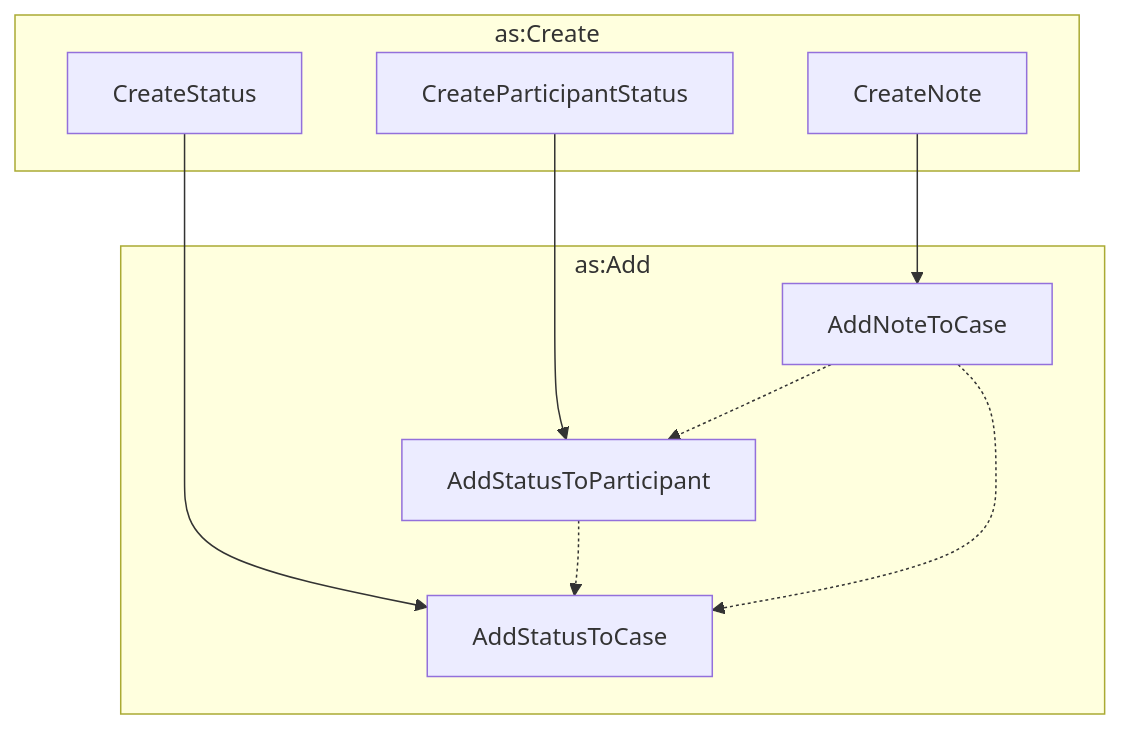
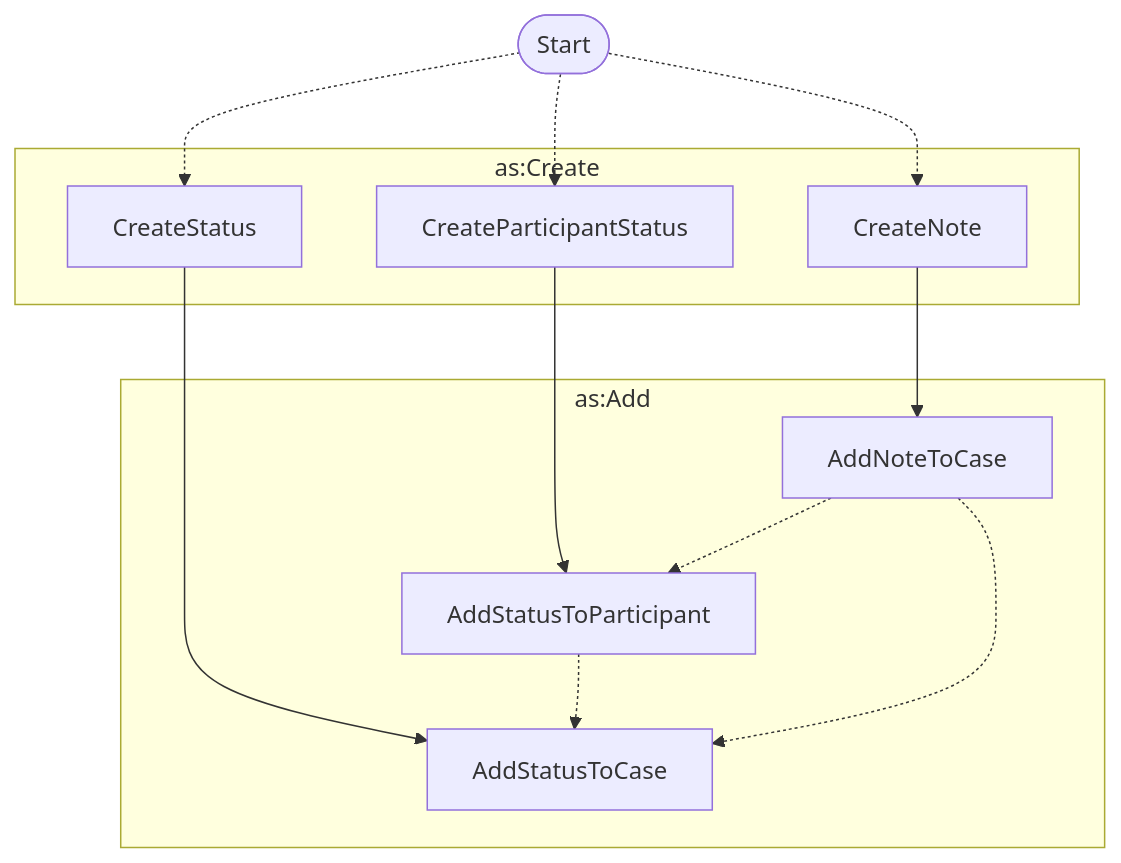
One commit to ahouseholder/Vultron changed the diagram in docs/howto/activitypub/activities/status_updates.md. Above: the diagram before and after it, drawn with Mermaid. The commit also changed other lines of this file and 13 other files, not shown here.

Commit message:
improve diagrams

````diff
--- a/docs/howto/activitypub/activities/status_updates.md
+++ b/docs/howto/activitypub/activities/status_updates.md
@@ -8,19 +8,23 @@
 ```mermaid
 flowchart TB
     subgraph as:Add
         AddNoteToCase
         AddStatusToCase
         AddStatusToParticipant
     end
     subgraph as:Create
         CreateNote
         CreateParticipantStatus
         CreateStatus
     end
+    start([Start])
+    start -.-> CreateStatus
+    start -.-> CreateParticipantStatus
+    start -.-> CreateNote
     CreateNote --> AddNoteToCase
     CreateStatus --> AddStatusToCase
     CreateParticipantStatus --> AddStatusToParticipant
     AddStatusToParticipant -.-> AddStatusToCase
     AddNoteToCase -.-> AddStatusToParticipant
     AddNoteToCase -.-> AddStatusToCase
 ```
````
